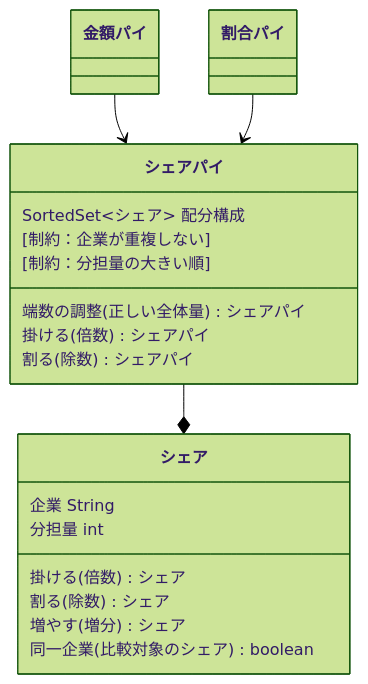
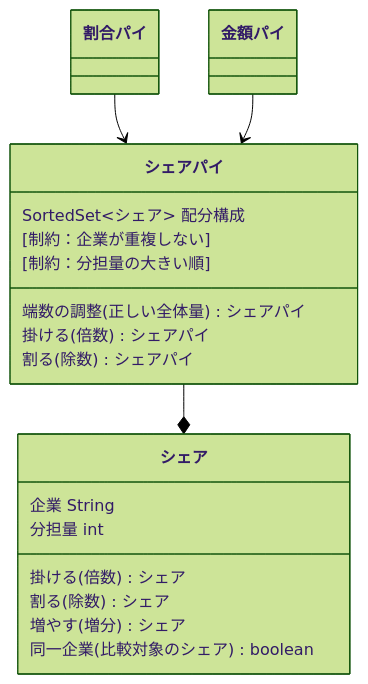
Before and after one commit to masuda220/business-logic-patterns: the diagram in src/main/java/com/example/domain/model/jjugccc2024/advanced/proportion/実装の詳細.mmd, drawn with Mermaid (forest theme). The commit also changed other lines of this file and 5 other files, not shown here.

```diff
--- a/src/main/java/com/example/domain/model/jjugccc2024/advanced/proportion/実装の詳細.mmd
+++ b/src/main/java/com/example/domain/model/jjugccc2024/advanced/proportion/実装の詳細.mmd
@@ -1,22 +1,22 @@
 classDiagram
+    割合パイ --> SharePie
     金額パイ --> SharePie
-    割合パイ --> SharePie
     SharePie --* シェア
 
     class SharePie["シェアパイ"] {
         SortedSet~シェア~ 配分構成
         [制約：企業が重複しない]
         [制約：分担量の大きい順]
         端数の調整(正しい全体量) シェアパイ
         掛ける(倍数) シェアパイ
         割る(除数) シェアパイ
     }
 
     class シェア {
         企業 String
         分担量 int
         掛ける(倍数) シェア
         割る(除数) シェア
         増やす(増分) シェア
         同一企業(比較対象のシェア) boolean
     }
```
